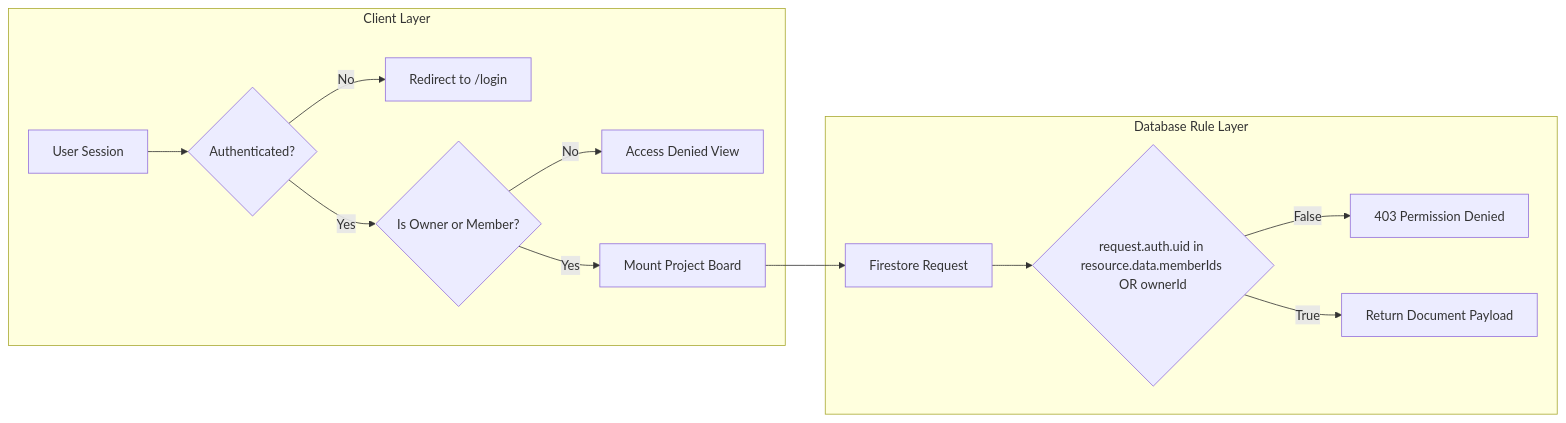
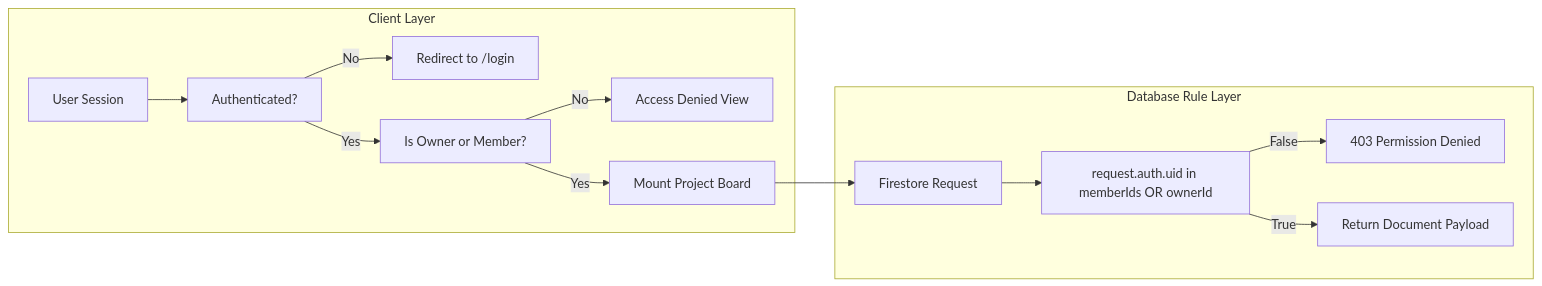
One commit to shubhrgunjan/TJ-Tasks-2026-Shubhr-Gunjan changed the third of 5 diagrams in README.md. Above: the diagram before and after it, drawn with Mermaid. The commit also changed other lines of this file and 3 other files, not shown here.

Commit message:
fix: github mermaid diagram syntax, rich seeded test mode data with dynamic UIDs, and cache-busting custom SVG favicon

````diff
--- a/README.md
+++ b/README.md
@@ -93,17 +93,17 @@
 ```mermaid
 graph LR
     subgraph Client Layer
-        A[User Session] --> B{Authenticated?}
-        B -- No --> C[Redirect to /login]
-        B -- Yes --> D{Is Owner or Member?}
-        D -- No --> E[Access Denied View]
-        D -- Yes --> F[Mount Project Board]
+        A["User Session"] --> B["Authenticated?"]
+        B -- "No" --> C["Redirect to /login"]
+        B -- "Yes" --> D["Is Owner or Member?"]
+        D -- "No" --> E["Access Denied View"]
+        D -- "Yes" --> F["Mount Project Board"]
     end
     
     subgraph Database Rule Layer
-        F --> G[Firestore Request]
-        G --> H{request.auth.uid in resource.data.memberIds OR ownerId}
-        H -- False --> I[403 Permission Denied]
-        H -- True --> J[Return Document Payload]
+        F --> G["Firestore Request"]
+        G --> H["request.auth.uid in memberIds OR ownerId"]
+        H -- "False" --> I["403 Permission Denied"]
+        H -- "True" --> J["Return Document Payload"]
     end
 ```
````
